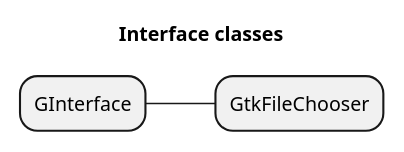
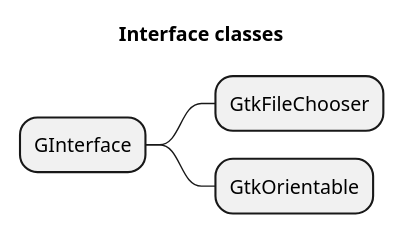
Before and after one commit to MARTIMM/gtk-v3: the third of 5 diagrams in doc/Design-docs/Design.md, drawn with PlantUML.

Commit message:
display GtkOrientable

````diff
--- a/doc/Design-docs/Design.md
+++ b/doc/Design-docs/Design.md
@@ -97,9 +97,10 @@
 ```plantuml
 @startmindmap
 scale 0.7
 title Interface classes
 * GInterface
  * GtkFileChooser
+ * GtkOrientable
 
 @endmindmap
 ```
````
